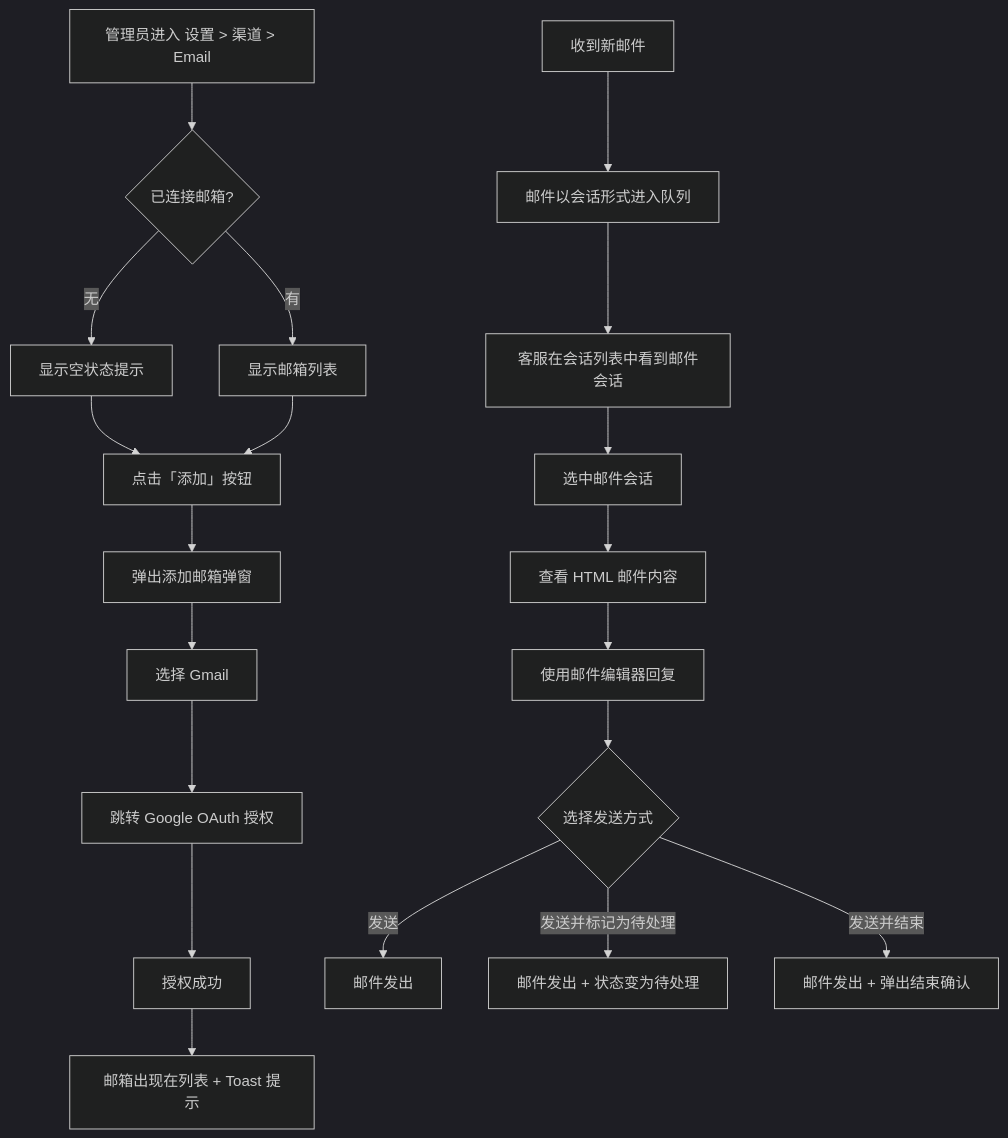
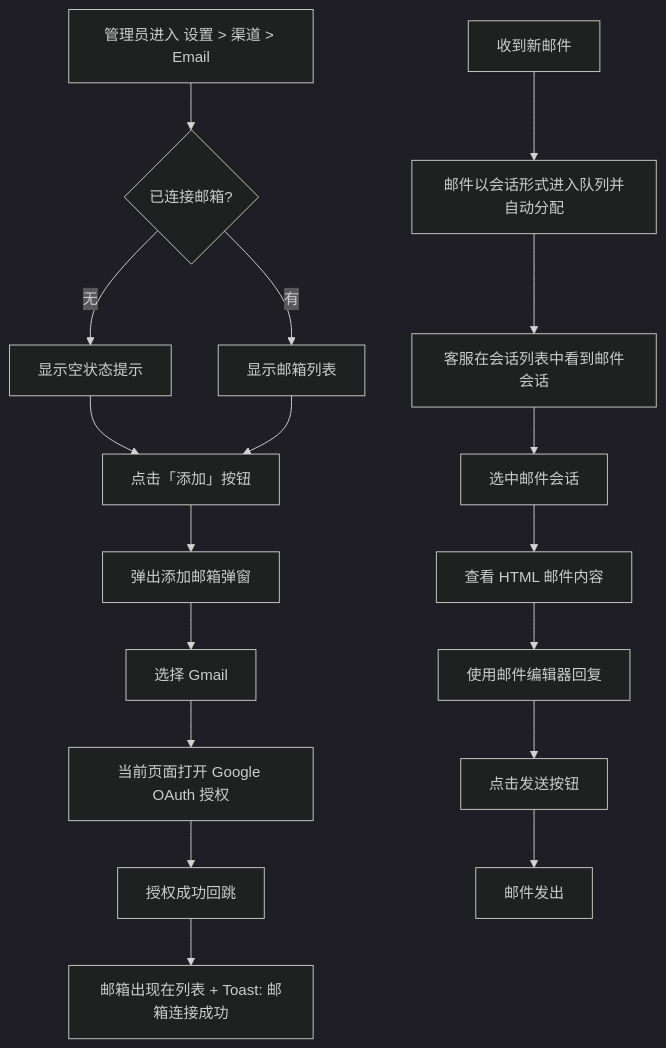
One commit to goeye/twt changed the second of 2 diagrams in docs/PRD-接入邮箱渠道.md. Above: the diagram before and after it, drawn with Mermaid (dark theme). The commit also changed other lines of this file and 7 other files, not shown here.

````diff
--- a/docs/PRD-接入邮箱渠道.md
+++ b/docs/PRD-接入邮箱渠道.md
@@ -81,23 +80,21 @@
 ```mermaid
 flowchart TD
   A[管理员进入 设置 > 渠道 > Email] --> B{已连接邮箱?}
   B -- 无 --> C[显示空状态提示]
   B -- 有 --> D[显示邮箱列表]
   C --> E[点击「添加」按钮]
   D --> E
   E --> F[弹出添加邮箱弹窗]
   F --> G[选择 Gmail]
-  G --> H[跳转 Google OAuth 授权]
-  H --> I[授权成功]
-  I --> J[邮箱出现在列表 + Toast 提示]
+  G --> H[当前页面打开 Google OAuth 授权]
+  H --> I[授权成功回跳]
+  I --> J[邮箱出现在列表 + Toast: 邮箱连接成功]
 
-  K[收到新邮件] --> L[邮件以会话形式进入队列]
+  K[收到新邮件] --> L[邮件以会话形式进入队列并自动分配]
   L --> M[客服在会话列表中看到邮件会话]
   M --> N[选中邮件会话]
   N --> O[查看 HTML 邮件内容]
   O --> P[使用邮件编辑器回复]
-  P --> Q{选择发送方式}
-  Q -- 发送 --> R[邮件发出]
-  Q -- 发送并标记为待处理 --> S[邮件发出 + 状态变为待处理]
-  Q -- 发送并结束 --> T[邮件发出 + 弹出结束确认]
+  P --> Q[点击发送按钮]
+  Q --> R[邮件发出]
 ```
````
